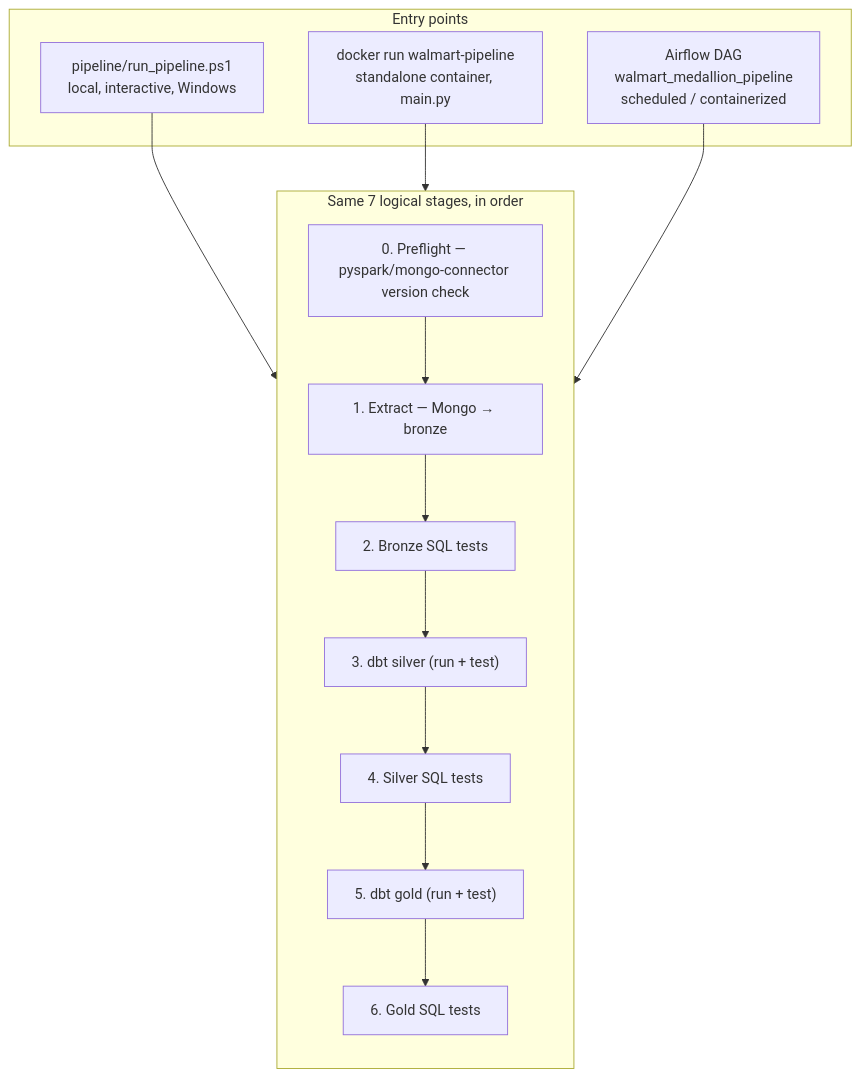
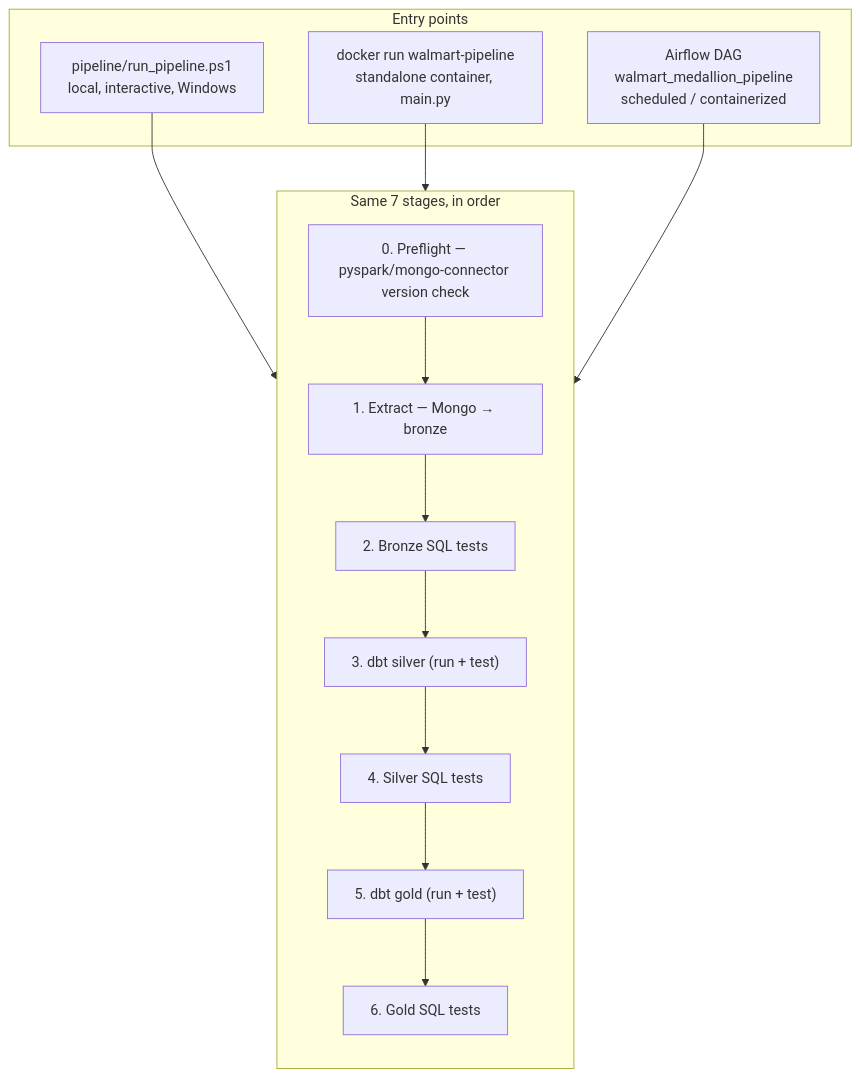
Before and after one commit to Nitinx12/Walmart_DBT: the second of 10 diagrams in docs/ARCHITECTURE.md, drawn with Mermaid. The commit also changed other lines of this file, not shown here.

````diff
--- a/docs/ARCHITECTURE.md
+++ b/docs/ARCHITECTURE.md
@@ -64,24 +76,24 @@
 ```mermaid
 flowchart TD
     subgraph Entry["Entry points"]
         WIN["pipeline/run_pipeline.ps1<br/>local, interactive, Windows"]
         DOCK["docker run walmart-pipeline<br/>standalone container, main.py"]
         AF["Airflow DAG<br/>walmart_medallion_pipeline<br/>scheduled / containerized"]
     end
 
     WIN --> STAGES
     DOCK --> STAGES
     AF --> STAGES
 
-    subgraph STAGES["Same 7 logical stages, in order"]
+    subgraph STAGES["Same 7 stages, in order"]
         direction TB
         S0["0. Preflight — pyspark/mongo-connector version check"]
         S1["1. Extract — Mongo → bronze"]
         S2["2. Bronze SQL tests"]
         S3["3. dbt silver (run + test)"]
         S4["4. Silver SQL tests"]
         S5["5. dbt gold (run + test)"]
         S6["6. Gold SQL tests"]
         S0-->S1-->S2-->S3-->S4-->S5-->S6
     end
 ```
````
